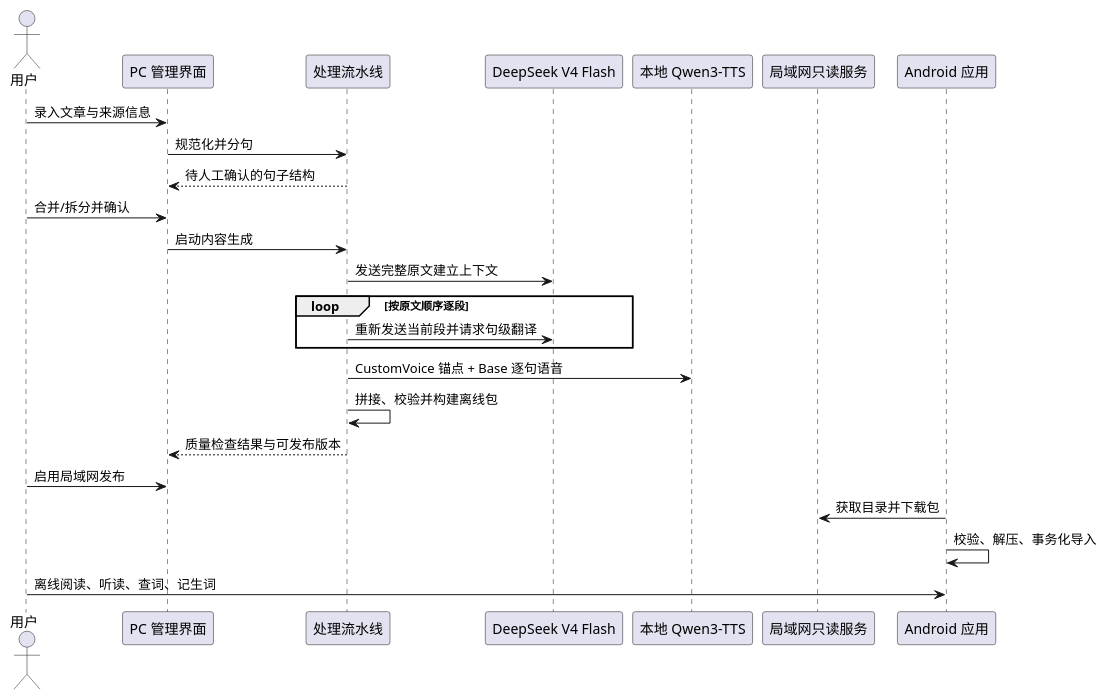
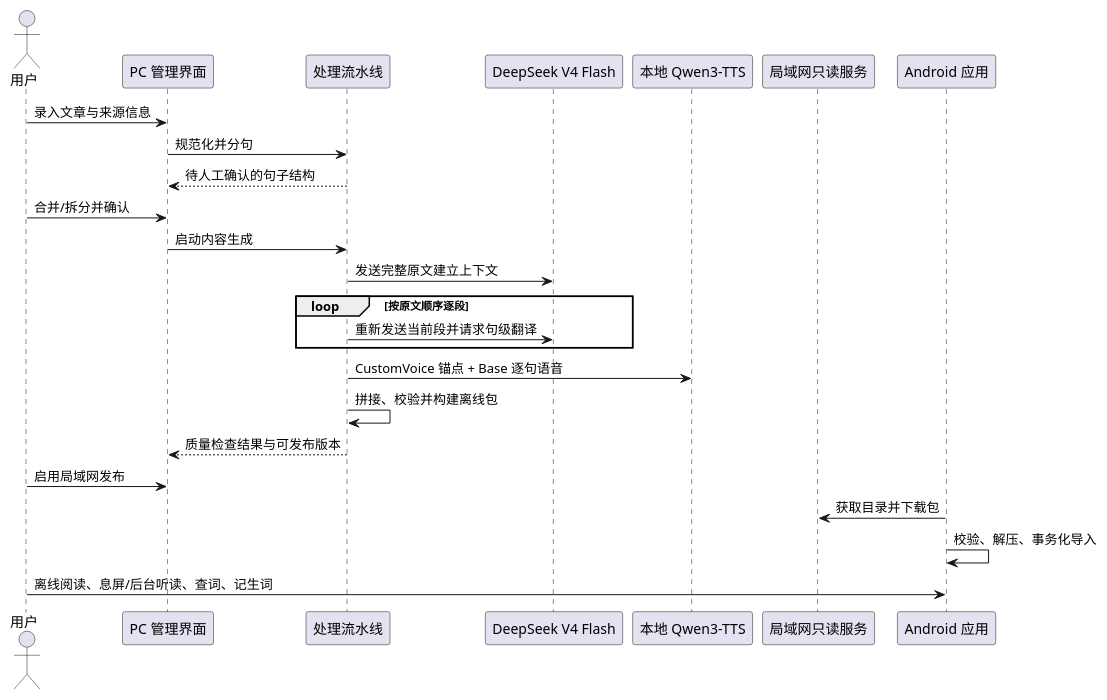
One commit to Mort2000/engirdle changed the diagram in .scratch/mvp/mvp_prd.md. Above: the diagram before and after it, drawn with PlantUML. The commit also changed other lines of this file and 5 other files, not shown here.

````diff
--- a/.scratch/mvp/mvp_prd.md
+++ b/.scratch/mvp/mvp_prd.md
@@ -58,29 +59,29 @@
 ```plantuml
 @startuml
 skinparam shadowing false
 actor 用户
 participant "PC 管理界面" as Admin
 participant "处理流水线" as Pipeline
 participant "DeepSeek V4 Flash" as DeepSeek
 participant "本地 Qwen3-TTS" as QwenTTS
 participant "局域网只读服务" as LAN
 participant "Android 应用" as App
 
 用户 -> Admin : 录入文章与来源信息
 Admin -> Pipeline : 规范化并分句
 Pipeline --> Admin : 待人工确认的句子结构
 用户 -> Admin : 合并/拆分并确认
 Admin -> Pipeline : 启动内容生成
 Pipeline -> DeepSeek : 发送完整原文建立上下文
 loop 按原文顺序逐段
   Pipeline -> DeepSeek : 重新发送当前段并请求句级翻译
 end
 Pipeline -> QwenTTS : CustomVoice 锚点 + Base 逐句语音
 Pipeline -> Pipeline : 拼接、校验并构建离线包
 Pipeline --> Admin : 质量检查结果与可发布版本
 用户 -> Admin : 启用局域网发布
 App -> LAN : 获取目录并下载包
 App -> App : 校验、解压、事务化导入
-用户 -> App : 离线阅读、听读、查词、记生词
+用户 -> App : 离线阅读、息屏/后台听读、查词、记生词
 @enduml
 ```
````
